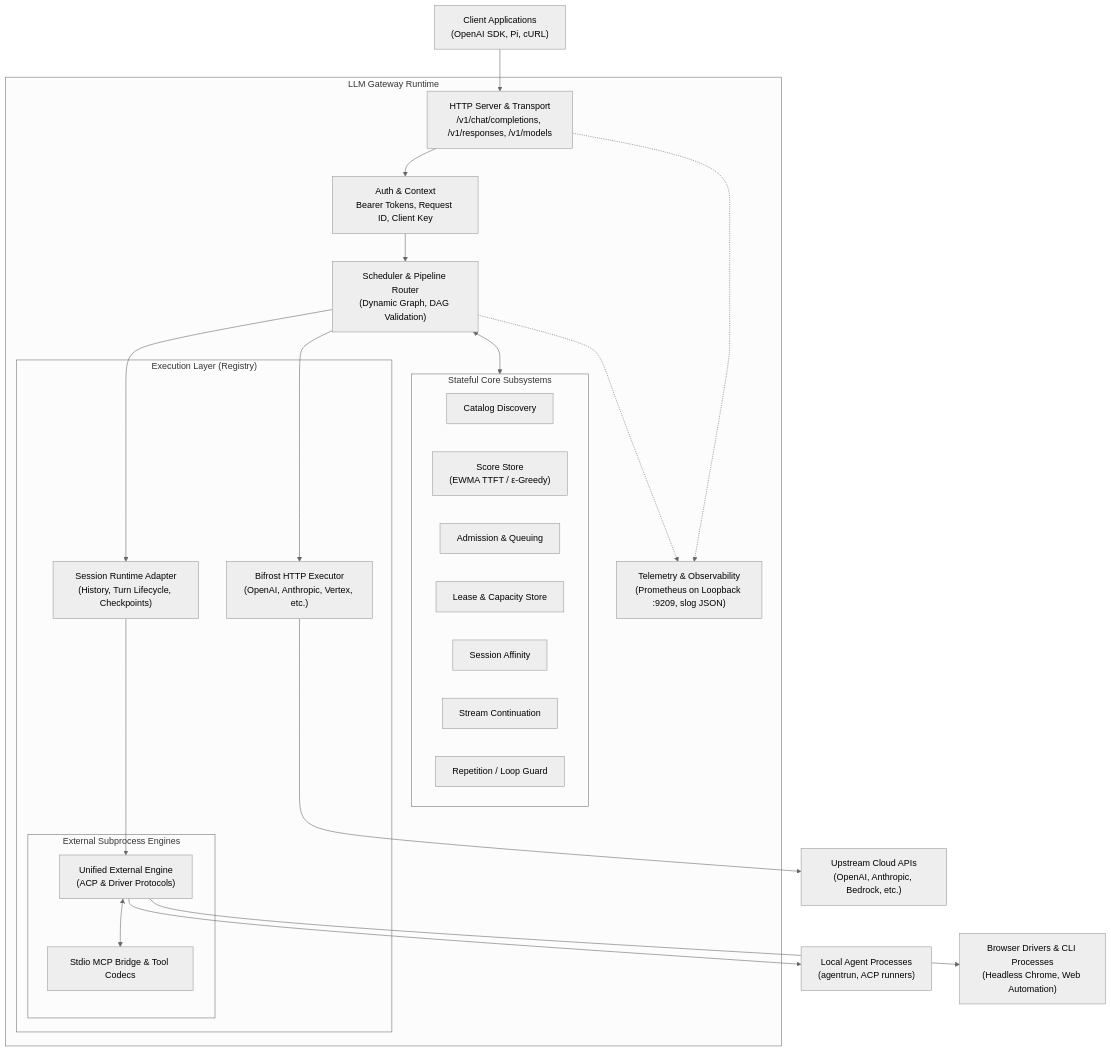
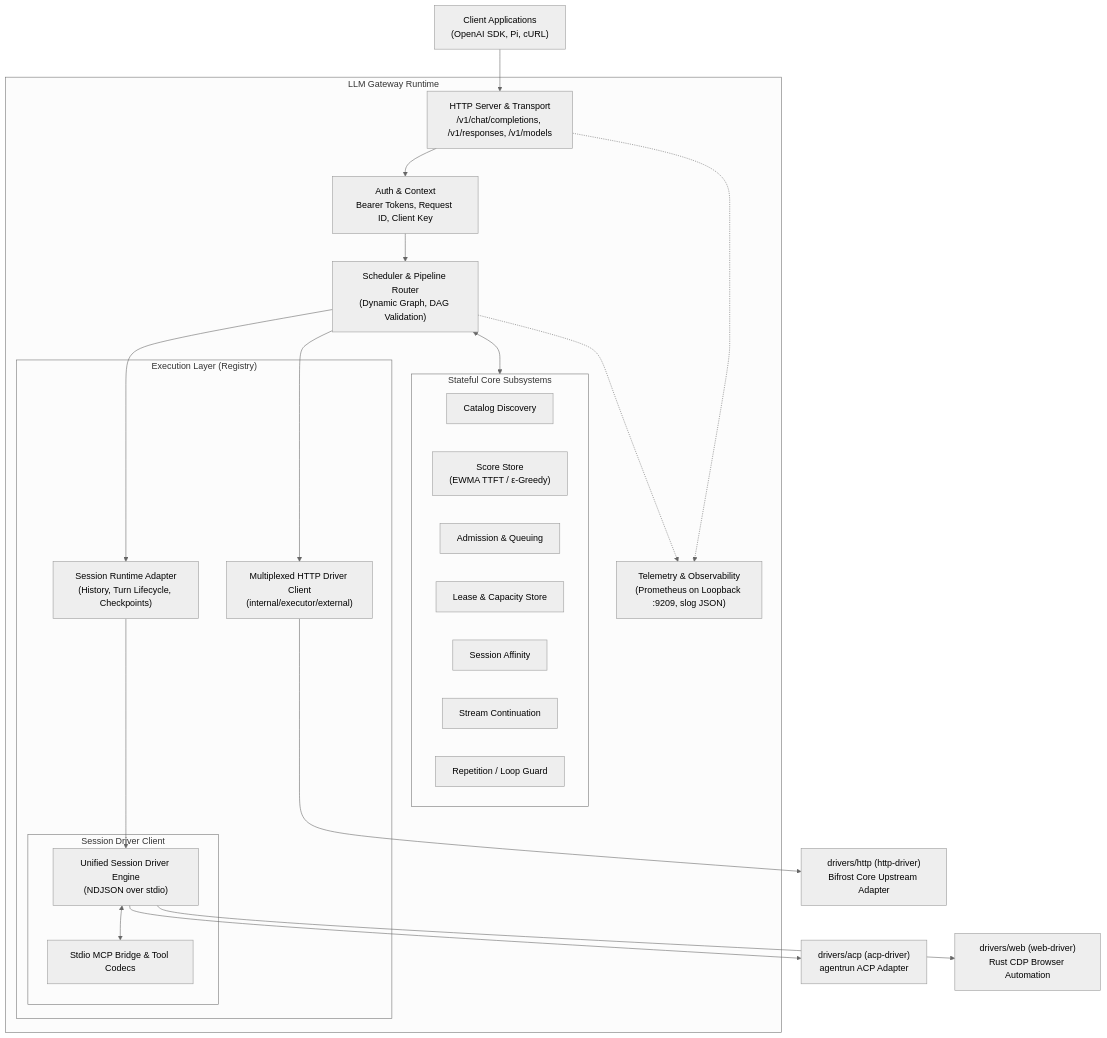
One commit to mytecor/llm-gateway changed the first of 4 diagrams in ARCHITECTURE.md. Above: the diagram before and after it, drawn with Mermaid (neutral theme). The commit also changed other lines of this file and 38 other files, not shown here.

Commit message:
refactor: extract http and acp providers into standalone driver modules

````diff
--- a/ARCHITECTURE.md
+++ b/ARCHITECTURE.md
@@ -11,53 +11,53 @@
 ```mermaid
 flowchart TD
     Client["Client Applications<br/>(OpenAI SDK, Pi, cURL)"]
     
     subgraph Gateway["LLM Gateway Runtime"]
         Server["HTTP Server & Transport<br/>/v1/chat/completions, /v1/responses, /v1/models"]
         Auth["Auth & Context<br/>Bearer Tokens, Request ID, Client Key"]
         
         Scheduler["Scheduler & Pipeline Router<br/>(Dynamic Graph, DAG Validation)"]
         
         subgraph Subsystems["Stateful Core Subsystems"]
             Catalog["Catalog Discovery"]
             ScoreStore["Score Store<br/>(EWMA TTFT / ε-Greedy)"]
             Admission["Admission & Queuing"]
             Lease["Lease & Capacity Store"]
             Affinity["Session Affinity"]
             Continue["Stream Continuation"]
             Repetition["Repetition / Loop Guard"]
         end
 
         subgraph Executors["Execution Layer (Registry)"]
-            BifrostExec["Bifrost HTTP Executor<br/>(OpenAI, Anthropic, Vertex, etc.)"]
+            HTTPClient["Multiplexed HTTP Driver Client<br/>(internal/executor/external)"]
             SessionExec["Session Runtime Adapter<br/>(History, Turn Lifecycle, Checkpoints)"]
             
-            subgraph NativeEngines["External Subprocess Engines"]
-                ExternalEngine["Unified External Engine<br/>(ACP & Driver Protocols)"]
+            subgraph NativeEngines["Session Driver Client"]
+                ExternalEngine["Unified Session Driver Engine<br/>(NDJSON over stdio)"]
                 MCPSystem["Stdio MCP Bridge & Tool Codecs"]
             end
         end
         
         Telemetry["Telemetry & Observability<br/>(Prometheus on Loopback :9209, slog JSON)"]
     end
 
-    UpstreamHTTP["Upstream Cloud APIs<br/>(OpenAI, Anthropic, Bedrock, etc.)"]
-    SubprocessAgents["Local Agent Processes<br/>(agentrun, ACP runners)"]
-    HeadlessBrowsers["Browser Drivers & CLI Processes<br/>(Headless Chrome, Web Automation)"]
+    HTTPDriver["drivers/http (http-driver)<br/>Bifrost Core Upstream Adapter"]
+    ACPDriver["drivers/acp (acp-driver)<br/>agentrun ACP Adapter"]
+    WebDriver["drivers/web (web-driver)<br/>Rust CDP Browser Automation"]
 
     Client --> Server
     Server --> Auth
     Auth --> Scheduler
     Scheduler <--> Subsystems
-    Scheduler --> BifrostExec
+    Scheduler --> HTTPClient
     Scheduler --> SessionExec
     
-    BifrostExec --> UpstreamHTTP
+    HTTPClient --> HTTPDriver
     SessionExec --> ExternalEngine
     ExternalEngine <--> MCPSystem
-    ExternalEngine --> SubprocessAgents
-    ExternalEngine --> HeadlessBrowsers
+    ExternalEngine --> ACPDriver
+    ExternalEngine --> WebDriver
     
     Server -.-> Telemetry
     Scheduler -.-> Telemetry
 ```
````
